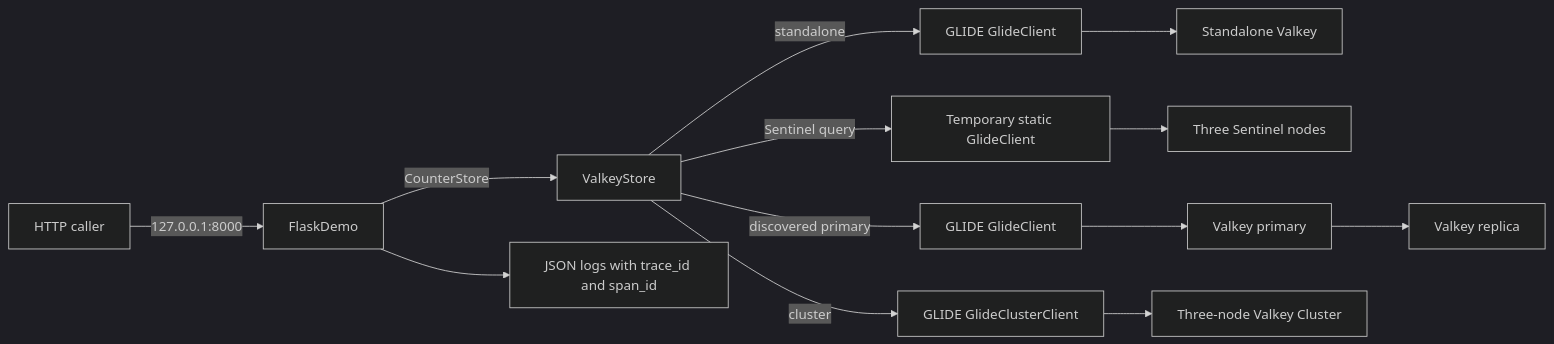
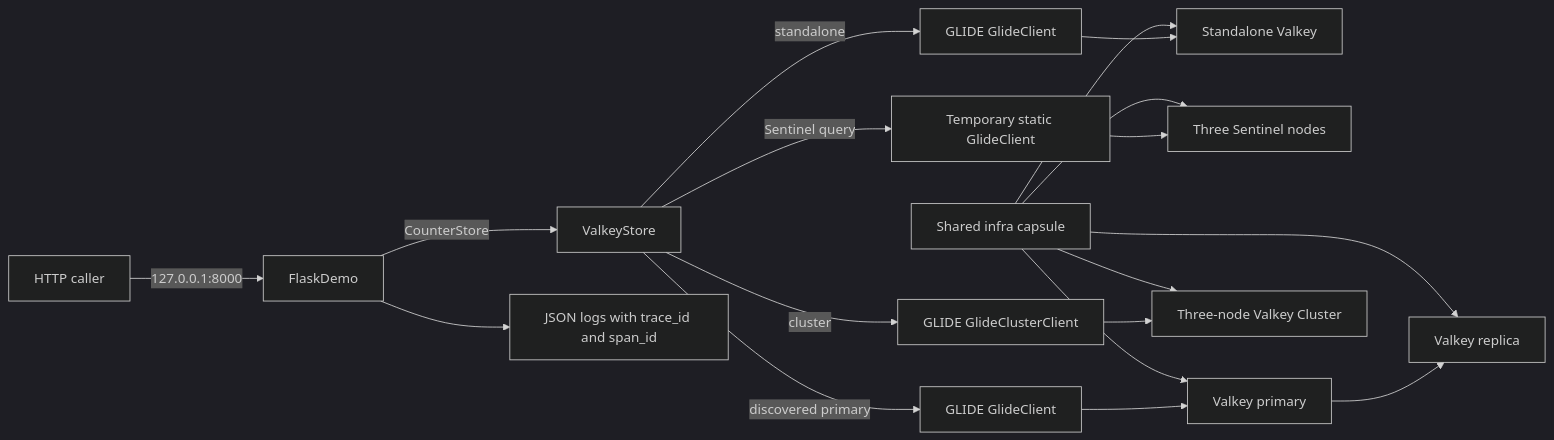
Before and after one commit to rlunar/valkey-examples: the first of 2 diagrams in examples/operations/topology-aware-python-flask/README.md, drawn with Mermaid (dark theme). The commit also changed other lines of this file and 167 other files, not shown here.

````diff
--- a/examples/operations/topology-aware-python-flask/README.md
+++ b/examples/operations/topology-aware-python-flask/README.md
@@ -115,18 +155,23 @@
 ```mermaid
 flowchart LR
     caller["HTTP caller"] -->|"127.0.0.1:8000"| flask["FlaskDemo"]
     flask -->|"CounterStore"| store["ValkeyStore"]
     flask --> logs["JSON logs with trace_id and span_id"]
+    infra["Shared infra capsule"] --> standalone
+    infra --> sentinels
+    infra --> primary
+    infra --> replica
+    infra --> cluster
 
     store -->|"standalone"| standaloneClient["GLIDE GlideClient"]
     standaloneClient --> standalone["Standalone Valkey"]
 
     store -->|"Sentinel query"| sentinelDiscovery["Temporary static GlideClient"]
     sentinelDiscovery --> sentinels["Three Sentinel nodes"]
     store -->|"discovered primary"| sentinelClient["GLIDE GlideClient"]
     sentinelClient --> primary["Valkey primary"]
     primary --> replica["Valkey replica"]
 
     store -->|"cluster"| clusterClient["GLIDE GlideClusterClient"]
     clusterClient --> cluster["Three-node Valkey Cluster"]
 ```
````
